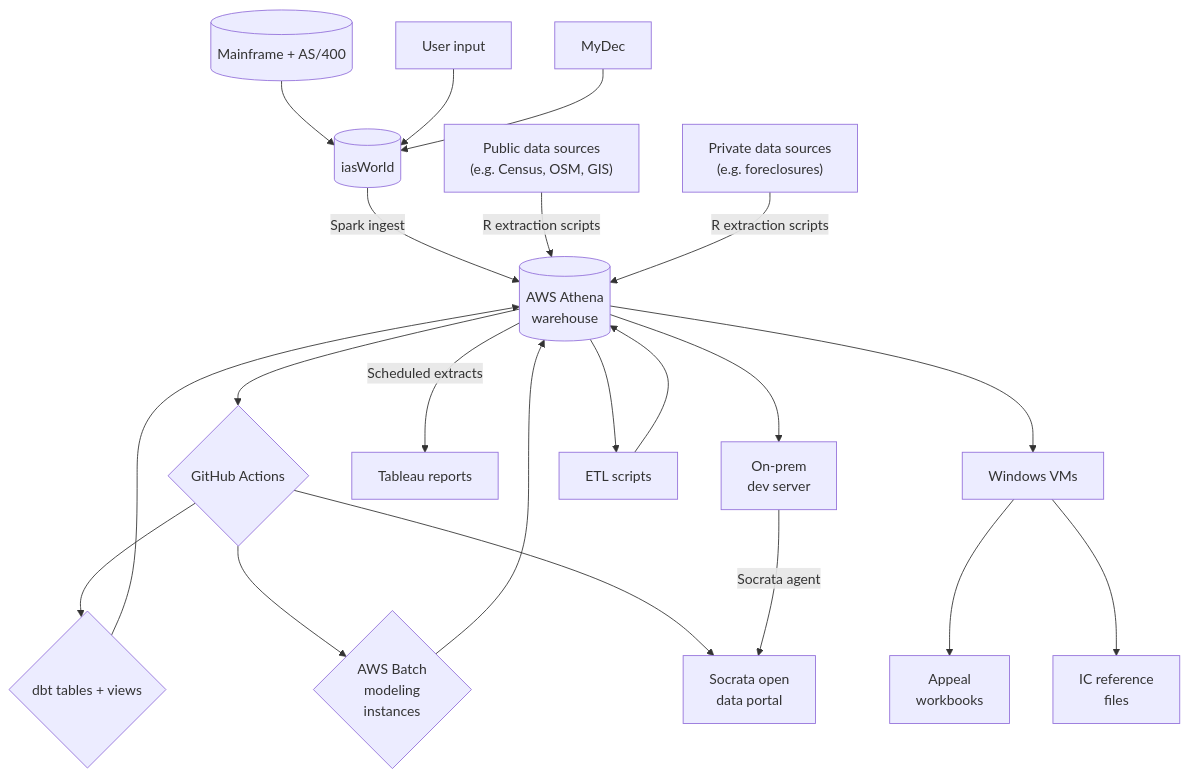
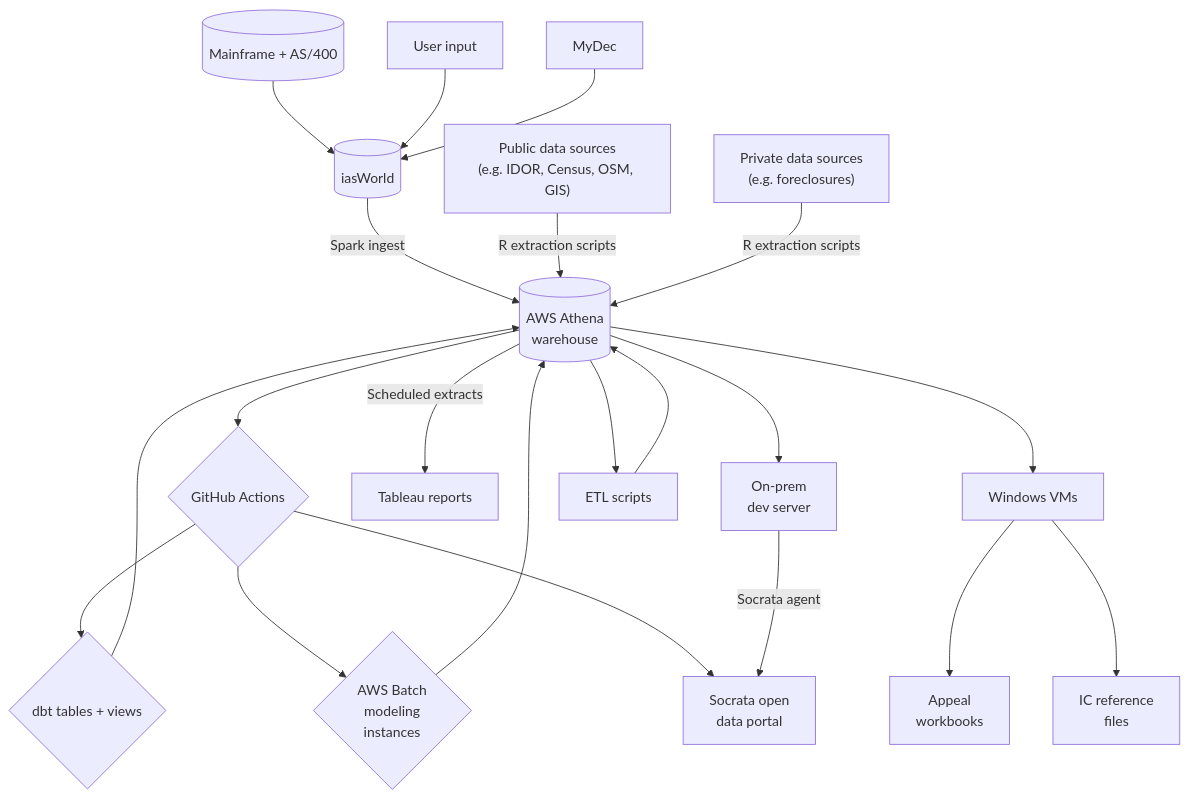
The diagram in dbt/assets/dataflow-diagram.mmd (ccao-data/data-architecture), drawn with Mermaid before and after one commit.

Commit message:
Add IDOR to `dbt/assets/dataflow-diagram.mmd`

```diff
--- a/dbt/assets/dataflow-diagram.mmd
+++ b/dbt/assets/dataflow-diagram.mmd
@@ -1,13 +1,13 @@
 flowchart TD
   mainframe[(Mainframe + AS/400)] & input[User input] & mydec[MyDec]--> ias[(iasWorld)]
   ias -- Spark ingest --> athena[(AWS Athena\nwarehouse)]
-  public["Public data sources\n(e.g. Census, OSM, GIS)"] & private["Private data sources\n(e.g. foreclosures)"] -- R extraction scripts --> athena
+  public["Public data sources\n(e.g. IDOR, Census, OSM, GIS)"] & private["Private data sources\n(e.g. foreclosures)"] -- R extraction scripts --> athena
   athena --> github{GitHub Actions}
   github --> dbt{dbt tables + views} --> athena
   github --> batch{AWS Batch\nmodeling\ninstances} --> athena
   github --> socrata[Socrata open\ndata portal]
   athena --> server[On-prem\ndev server] -- Socrata agent --> socrata
   athena -- Scheduled extracts --> tableau[Tableau reports]
   athena --> vm[Windows VMs] --> appeal[Appeal\nworkbooks]
   vm --> ic[IC reference\nfiles]
   athena --> etl[ETL scripts] --> athena
```
